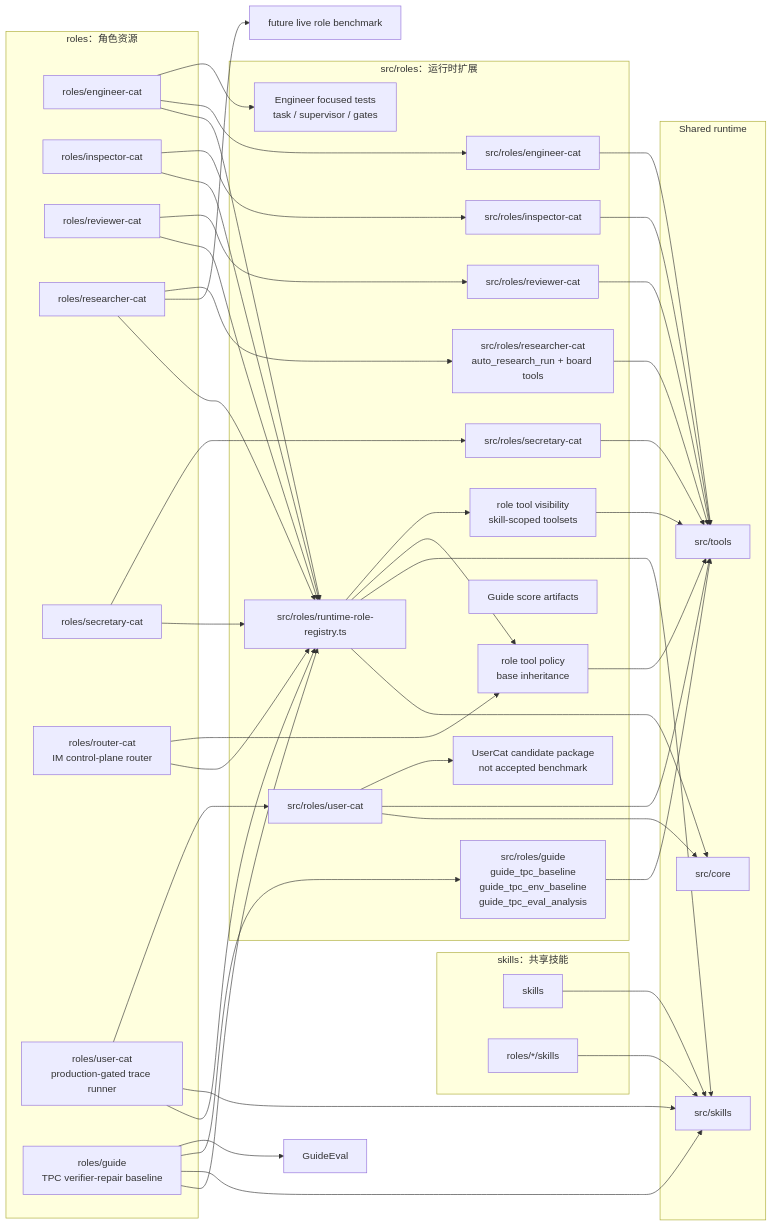
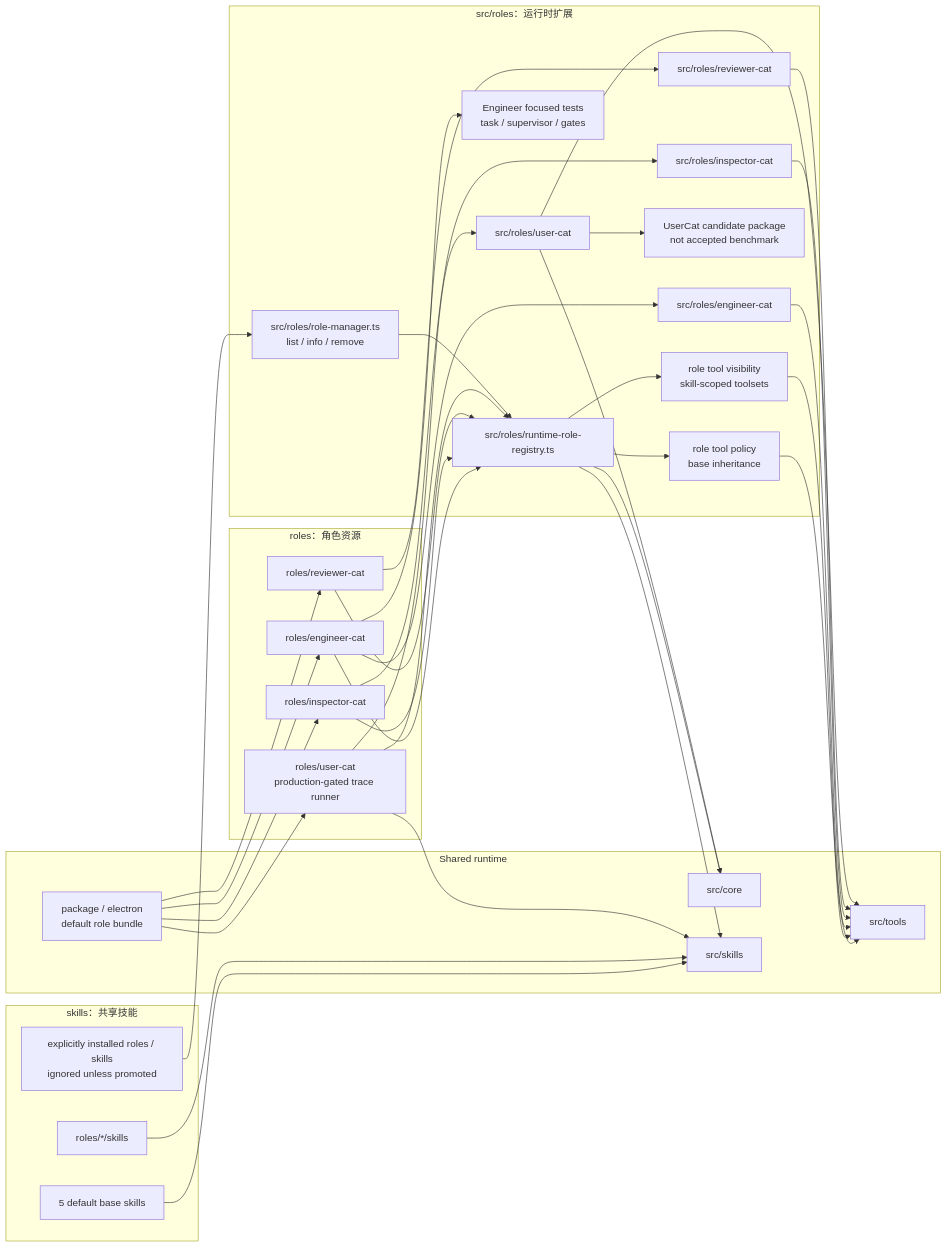
One commit to fightheyyy/XiaoBa-CLI changed the first of 2 diagrams in roles/SPEC.md. Above: the diagram before and after it, drawn with Mermaid. The commit also changed other lines of this file and 100 other files, not shown here.

````diff
--- a/roles/SPEC.md
+++ b/roles/SPEC.md
@@ -53,79 +51,66 @@
 ```mermaid
 flowchart LR
     subgraph RoleDocs["roles：角色资源"]
         Engineer["roles/engineer-cat"]
         Inspector["roles/inspector-cat"]
         Reviewer["roles/reviewer-cat"]
-        Researcher["roles/researcher-cat"]
-        Secretary["roles/secretary-cat"]
-        Router["roles/router-cat<br/>IM control-plane router"]
         User["roles/user-cat<br/>production-gated trace runner"]
-        Guide["roles/guide<br/>TPC verifier-repair baseline"]
     end
 
     subgraph SkillDocs["skills：共享技能"]
-        SharedSkills["skills"]
+        SharedSkills["5 default base skills"]
         RoleSkills["roles/*/skills"]
+        InstalledAssets["explicitly installed roles / skills<br/>ignored unless promoted"]
     end
 
     subgraph Runtime["src/roles：运行时扩展"]
         Registry["src/roles/runtime-role-registry.ts"]
+        RoleManager["src/roles/role-manager.ts<br/>list / info / remove"]
         EngineerRuntime["src/roles/engineer-cat"]
         EngineerChecks["Engineer focused tests<br/>task / supervisor / gates"]
         InspectorRuntime["src/roles/inspector-cat"]
         ReviewerRuntime["src/roles/reviewer-cat"]
-        ResearcherRuntime["src/roles/researcher-cat<br/>auto_research_run + board tools"]
-        SecretaryRuntime["src/roles/secretary-cat"]
         UserRuntime["src/roles/user-cat"]
         UserCandidate["UserCat candidate package<br/>not accepted benchmark"]
-        GuideRuntime["src/roles/guide<br/>guide_tpc_baseline<br/>guide_tpc_env_baseline<br/>guide_tpc_eval_analysis"]
-        GuideEvidence["Guide score artifacts"]
         ToolPolicy["role tool policy<br/>base inheritance"]
         ScopedTools["role tool visibility<br/>skill-scoped toolsets"]
     end
 
     subgraph Shared["Shared runtime"]
         Core["src/core"]
         SkillRuntime["src/skills"]
         Tools["src/tools"]
+        Package["package / electron<br/>default role bundle"]
     end
 
+    Package --> User
+    Package --> Inspector
+    Package --> Engineer
+    Package --> Reviewer
     Engineer --> Registry
     Inspector --> Registry
     Reviewer --> Registry
-    Researcher --> Registry
-    Researcher --> ResearcherFutureEval["future live role benchmark"]
-    Secretary --> Registry
-    Router --> Registry
     User --> Registry
-    Guide --> Registry
+    RoleManager --> Registry
     SharedSkills --> SkillRuntime
     RoleSkills --> SkillRuntime
+    InstalledAssets --> RoleManager
     Registry --> Core
     Registry --> SkillRuntime
     Registry --> ToolPolicy
     Registry --> ScopedTools
     ToolPolicy --> Tools
     ScopedTools --> Tools
     Engineer --> EngineerRuntime
     Engineer --> EngineerChecks
     Inspector --> InspectorRuntime
     Reviewer --> ReviewerRuntime
-    Researcher --> ResearcherRuntime
-    Secretary --> SecretaryRuntime
-    Router --> ToolPolicy
     EngineerRuntime --> Tools
     InspectorRuntime --> Tools
     ReviewerRuntime --> Tools
-    ResearcherRuntime --> Tools
-    SecretaryRuntime --> Tools
     User --> SkillRuntime
     User --> UserRuntime
     UserRuntime --> Core
     UserRuntime --> Tools
     UserRuntime --> UserCandidate
-    Guide --> SkillRuntime
-    Guide --> GuideRuntime
-    GuideRuntime --> Tools
-    Guide --> GuideEval
 ```
````
